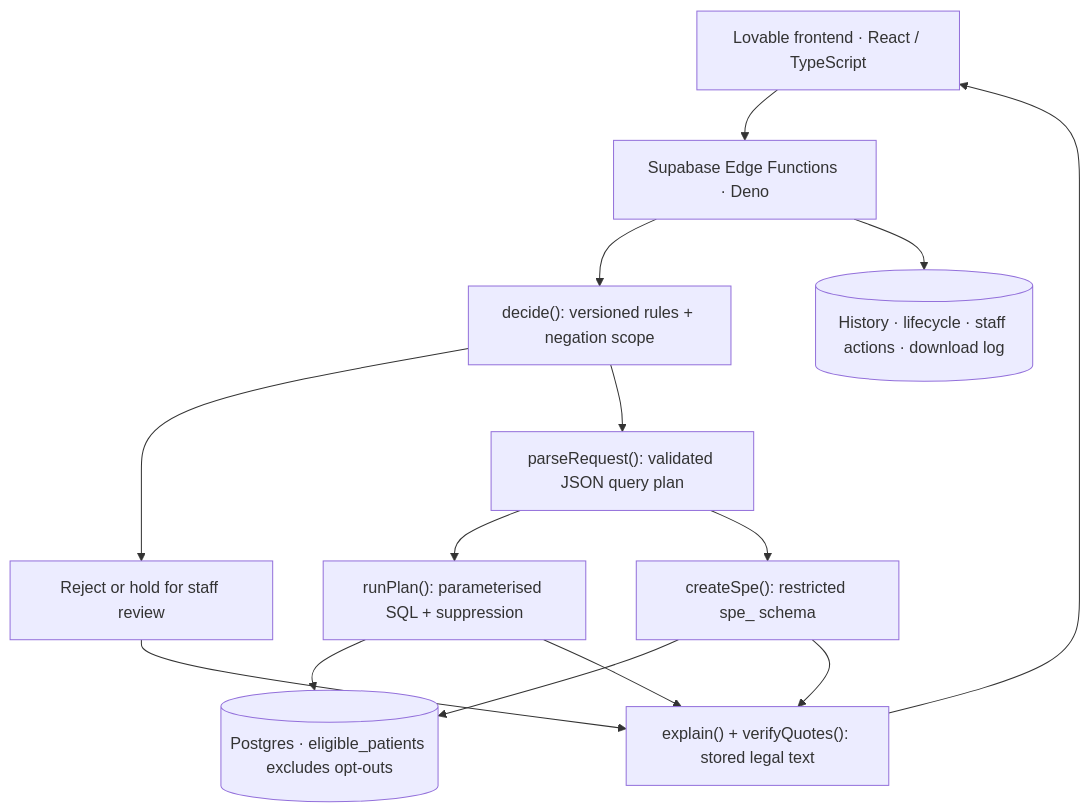
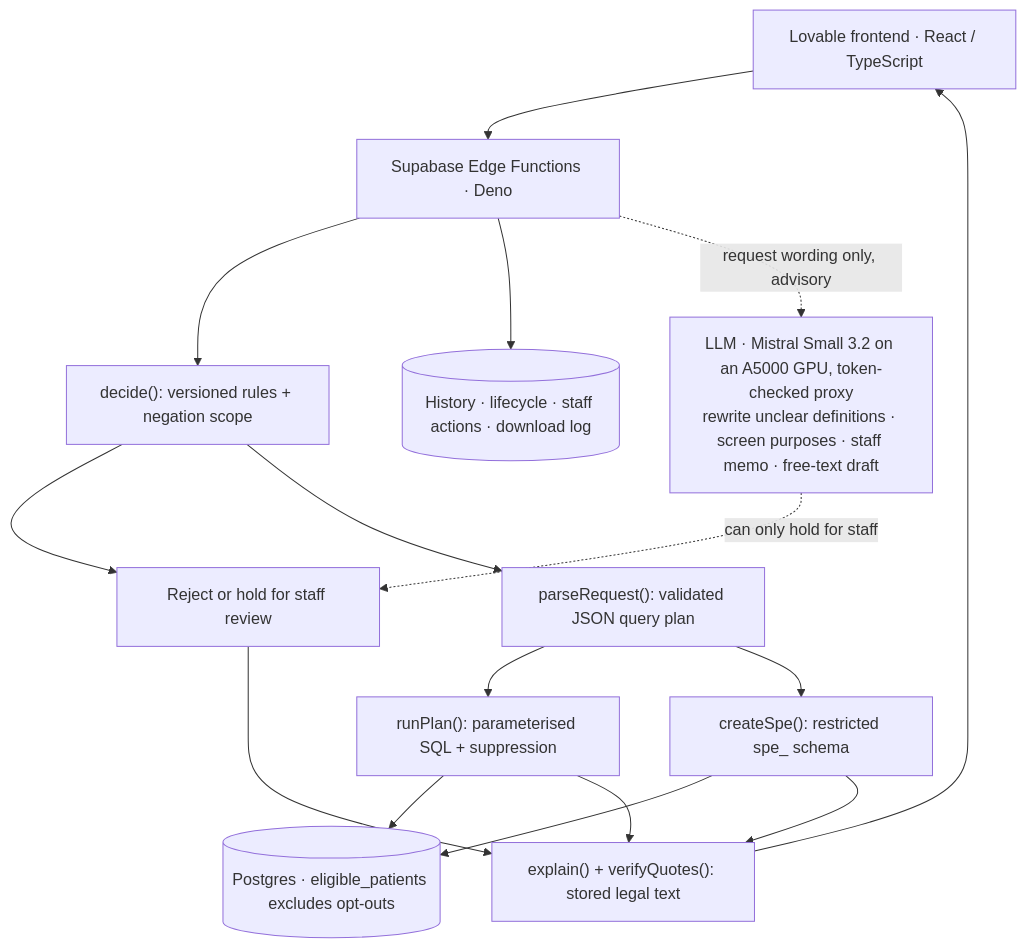
Before and after one commit to Emberwhirl/AIM_clinical_hackathon_2026: the diagram in README.md, drawn with Mermaid.

Commit message:
docs: LLM node in the README system diagram

````diff
--- a/README.md
+++ b/README.md
@@ -27,16 +27,18 @@
 ```mermaid
 flowchart TD
   UI["Lovable frontend · React / TypeScript"] --> API["Supabase Edge Functions · Deno"]
   API --> D["decide(): versioned rules + negation scope"]
   D --> H["Reject or hold for staff review"]
   D --> P["parseRequest(): validated JSON query plan"]
   P --> Q["runPlan(): parameterised SQL + suppression"]
   P --> S["createSpe(): restricted spe_<id> schema"]
   Q --> DB[("Postgres · eligible_patients excludes opt-outs")]
   S --> DB
   H --> E["explain() + verifyQuotes(): stored legal text"]
   Q --> E
   S --> E
   E --> UI
   API --> A[("History · lifecycle · staff actions · download log")]
+  API -. "request wording only, advisory" .-> L["LLM · Mistral Small 3.2 on an A5000 GPU, token-checked proxy<br/>rewrite unclear definitions · screen purposes · staff memo · free-text draft"]
+  L -. "can only hold for staff" .-> H
 ```
````
